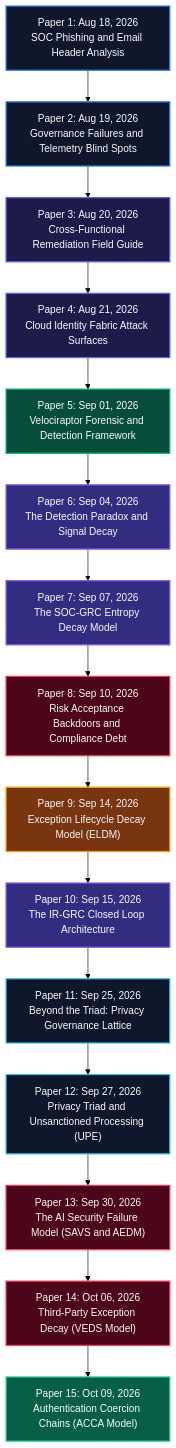
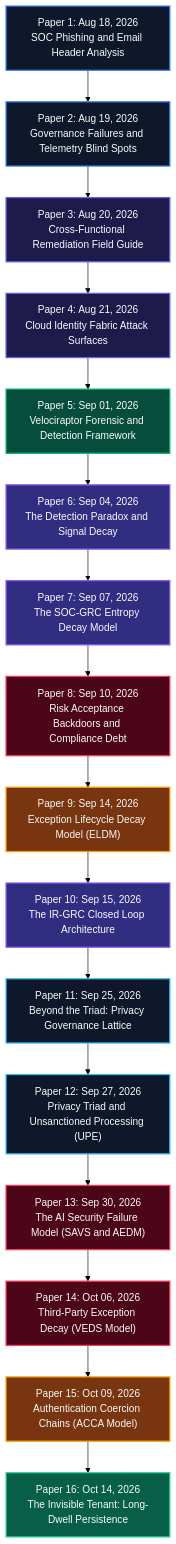
The first of 3 diagrams in README.md (hiro001-eth/What-I-Learned-Today-on-SOC-GRC-), drawn with Mermaid (forest theme) before and after one commit. The commit also changed other lines of this file and 1 other file, not shown here.

````diff
--- a/README.md
+++ b/README.md
@@ -44,37 +44,39 @@
 ```mermaid
 graph TD
     AUG18["Paper 1: Aug 18, 2026<br/>SOC Phishing and Email Header Analysis"] --> AUG19["Paper 2: Aug 19, 2026<br/>Governance Failures and Telemetry Blind Spots"]
     AUG19 --> AUG20["Paper 3: Aug 20, 2026<br/>Cross-Functional Remediation Field Guide"]
     AUG20 --> AUG21["Paper 4: Aug 21, 2026<br/>Cloud Identity Fabric Attack Surfaces"]
     AUG21 --> SEP01["Paper 5: Sep 01, 2026<br/>Velociraptor Forensic and Detection Framework"]
     SEP01 --> SEP04["Paper 6: Sep 04, 2026<br/>The Detection Paradox and Signal Decay"]
     SEP04 --> SEP07["Paper 7: Sep 07, 2026<br/>The SOC-GRC Entropy Decay Model"]
     SEP07 --> SEP10["Paper 8: Sep 10, 2026<br/>Risk Acceptance Backdoors and Compliance Debt"]
     SEP10 --> SEP14["Paper 9: Sep 14, 2026<br/>Exception Lifecycle Decay Model (ELDM)"]
     SEP14 --> SEP15["Paper 10: Sep 15, 2026<br/>The IR-GRC Closed Loop Architecture"]
     SEP15 --> SEP25["Paper 11: Sep 25, 2026<br/>Beyond the Triad: Privacy Governance Lattice"]
     SEP25 --> SEP27["Paper 12: Sep 27, 2026<br/>Privacy Triad and Unsanctioned Processing (UPE)"]
     SEP27 --> SEP30["Paper 13: Sep 30, 2026<br/>The AI Security Failure Model (SAVS and AEDM)"]
     SEP30 --> OCT06["Paper 14: Oct 06, 2026<br/>Third-Party Exception Decay (VEDS Model)"]
     OCT06 --> OCT09["Paper 15: Oct 09, 2026<br/>Authentication Coercion Chains (ACCA Model)"]
+    OCT09 --> OCT14["Paper 16: Oct 14, 2026<br/>The Invisible Tenant: Long-Dwell Persistence"]
 
     classDef foundation fill:#0F172A,stroke:#3B82F6,color:#F8FAFC,stroke-width:2px;
     classDef telemetry fill:#1E1B4B,stroke:#6366F1,color:#F8FAFC,stroke-width:2px;
     classDef forensics fill:#064E3B,stroke:#10B981,color:#F8FAFC,stroke-width:2px;
     classDef theoretical fill:#312E81,stroke:#8B5CF6,color:#F8FAFC,stroke-width:2px;
     classDef critical fill:#4C0519,stroke:#F43F5E,color:#F8FAFC,stroke-width:2px;
     classDef breakthrough fill:#78350F,stroke:#F59E0B,color:#F8FAFC,stroke-width:2px;
     classDef privacy fill:#0F172A,stroke:#38BDF8,color:#F8FAFC,stroke-width:2px;
     classDef latest fill:#065F46,stroke:#34D399,color:#F8FAFC,stroke-width:2px;
 
     class AUG18,AUG19 foundation;
     class AUG20,AUG21 telemetry;
     class SEP01 forensics;
     class SEP04,SEP07 theoretical;
     class SEP10 critical;
     class SEP14 breakthrough;
     class SEP15 theoretical;
     class SEP25,SEP27 privacy;
     class SEP30,OCT06 critical;
-    class OCT09 latest;
+    class OCT09 breakthrough;
+    class OCT14 latest;
 ```
````
